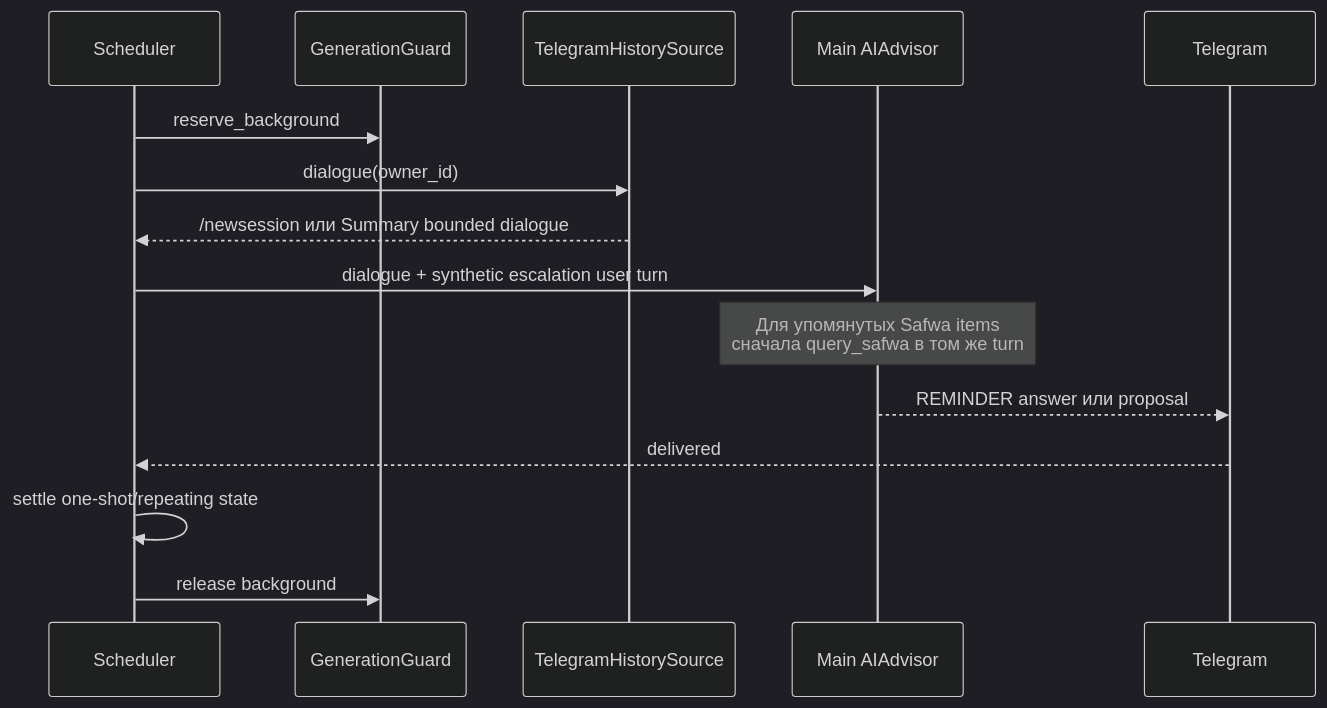
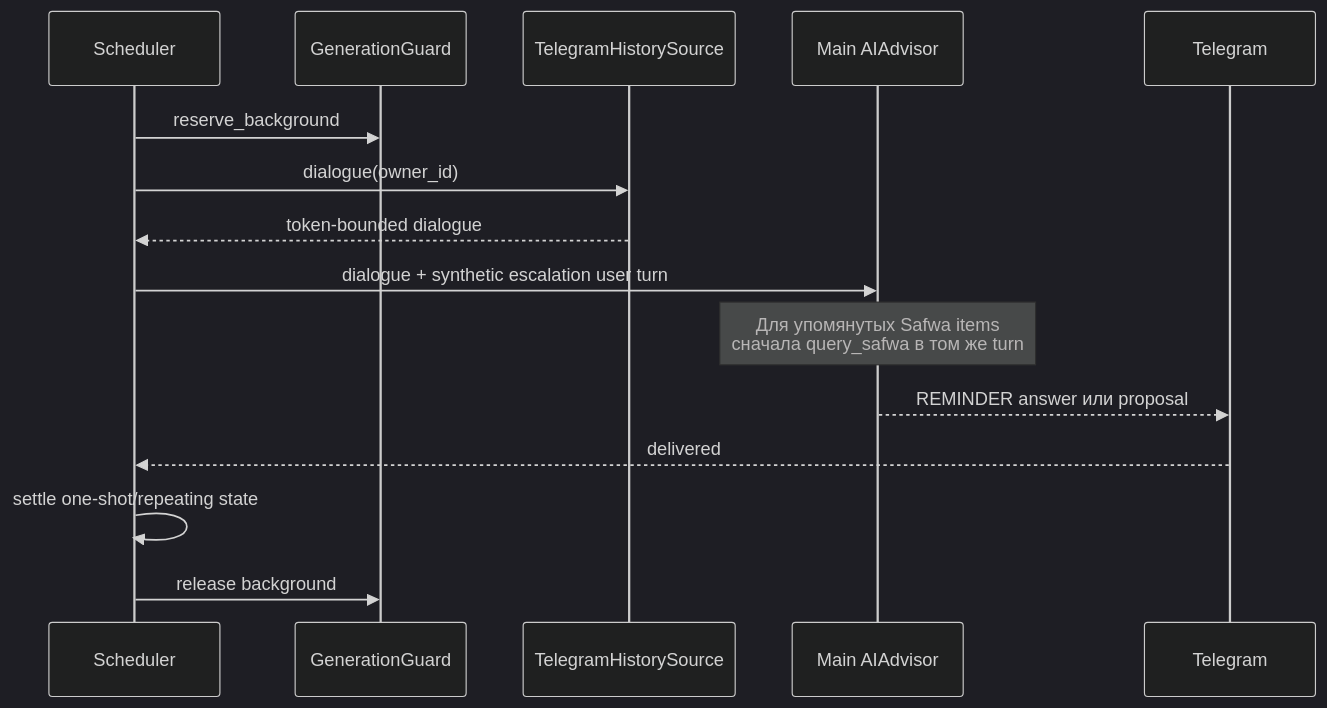
Before and after one commit to myvaheed/tg-ai-safwa: the ninth of 11 diagrams in docs/STRUCTURE_GRAPH.md, drawn with Mermaid (dark theme). The commit also changed other lines of this file and 28 other files, not shown here.

````diff
--- a/docs/STRUCTURE_GRAPH.md
+++ b/docs/STRUCTURE_GRAPH.md
@@ -260,18 +260,18 @@
 ```mermaid
 sequenceDiagram
     participant S as Scheduler
     participant G as GenerationGuard
     participant H as TelegramHistorySource
     participant A as Main AIAdvisor
     participant T as Telegram
 
     S->>G: reserve_background
     S->>H: dialogue(owner_id)
-    H-->>S: /newsession или Summary bounded dialogue
+    H-->>S: token-bounded dialogue
     S->>A: dialogue + synthetic escalation user turn
     Note over A: Для упомянутых Safwa items<br/>сначала query_safwa в том же turn
     A-->>T: REMINDER answer или proposal
     T-->>S: delivered
     S->>S: settle one-shot/repeating state
     S->>G: release background
 ```
````
